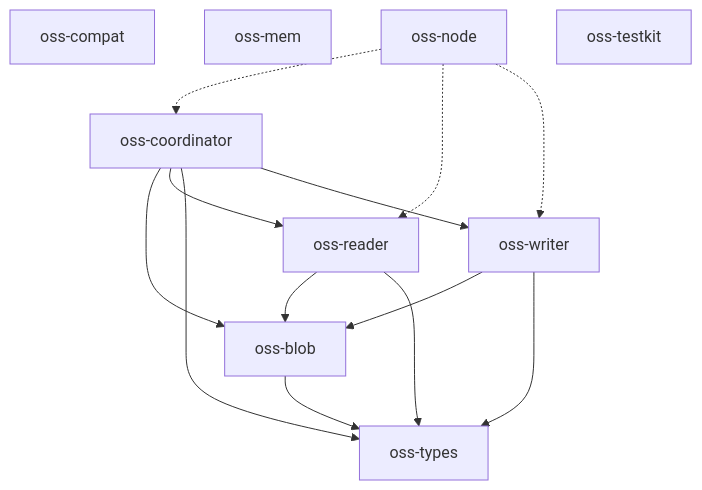
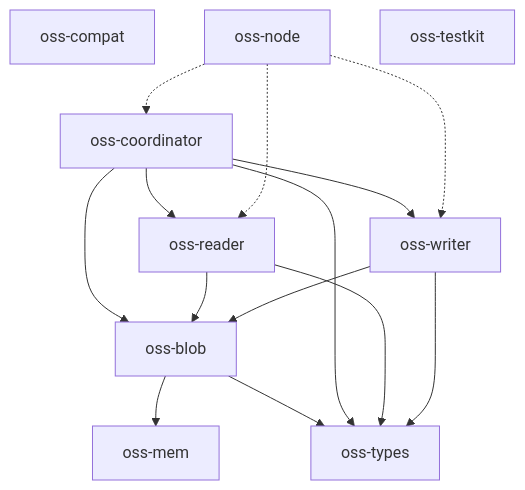
The diagram in docs/architecture.md (huyz0/opensearch-serverless), drawn with Mermaid before and after one commit.

Commit message:
docs: regenerate the crate map for oss-blob on oss-mem

````diff
--- a/docs/architecture.md
+++ b/docs/architecture.md
@@ -10,19 +10,20 @@
 ```mermaid
 graph TD
+    oss-blob --> oss-mem
     oss-blob --> oss-types
     oss-compat
     oss-coordinator --> oss-blob
     oss-coordinator --> oss-reader
     oss-coordinator --> oss-types
     oss-coordinator --> oss-writer
     oss-mem
     oss-node -.-> oss-coordinator
     oss-node -.-> oss-reader
     oss-node -.-> oss-writer
     oss-reader --> oss-blob
     oss-reader --> oss-types
     oss-testkit
     oss-types
     oss-writer --> oss-blob
     oss-writer --> oss-types
 ```
````
